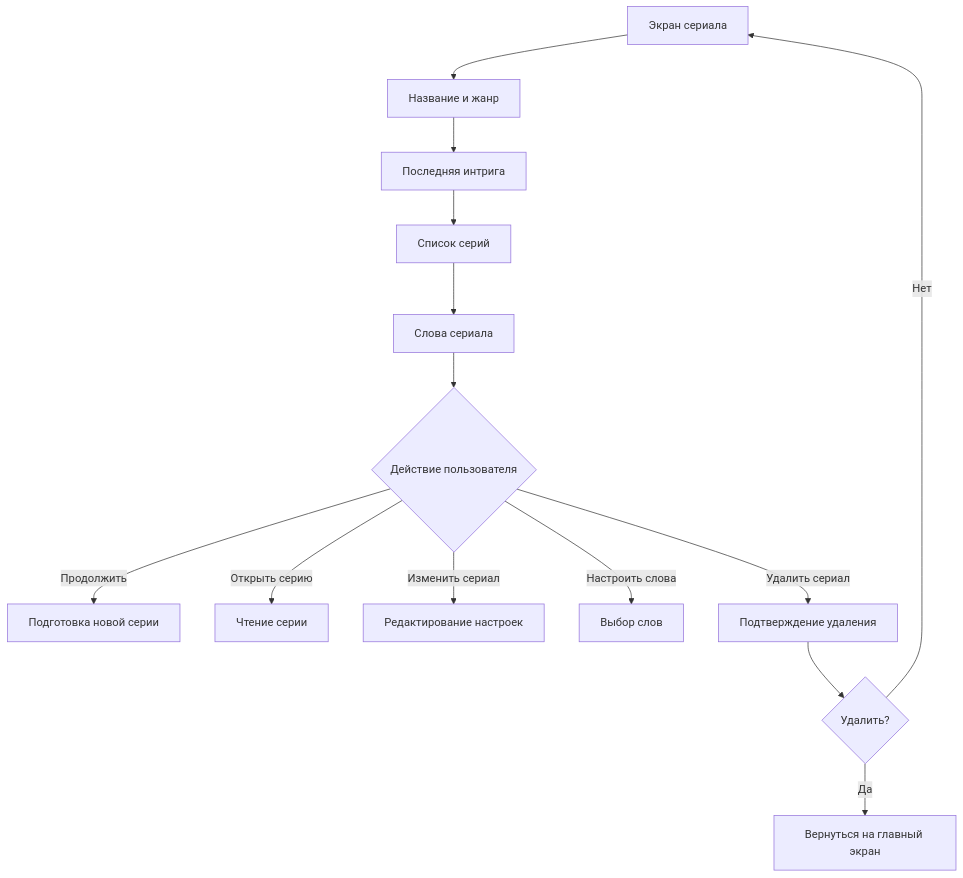
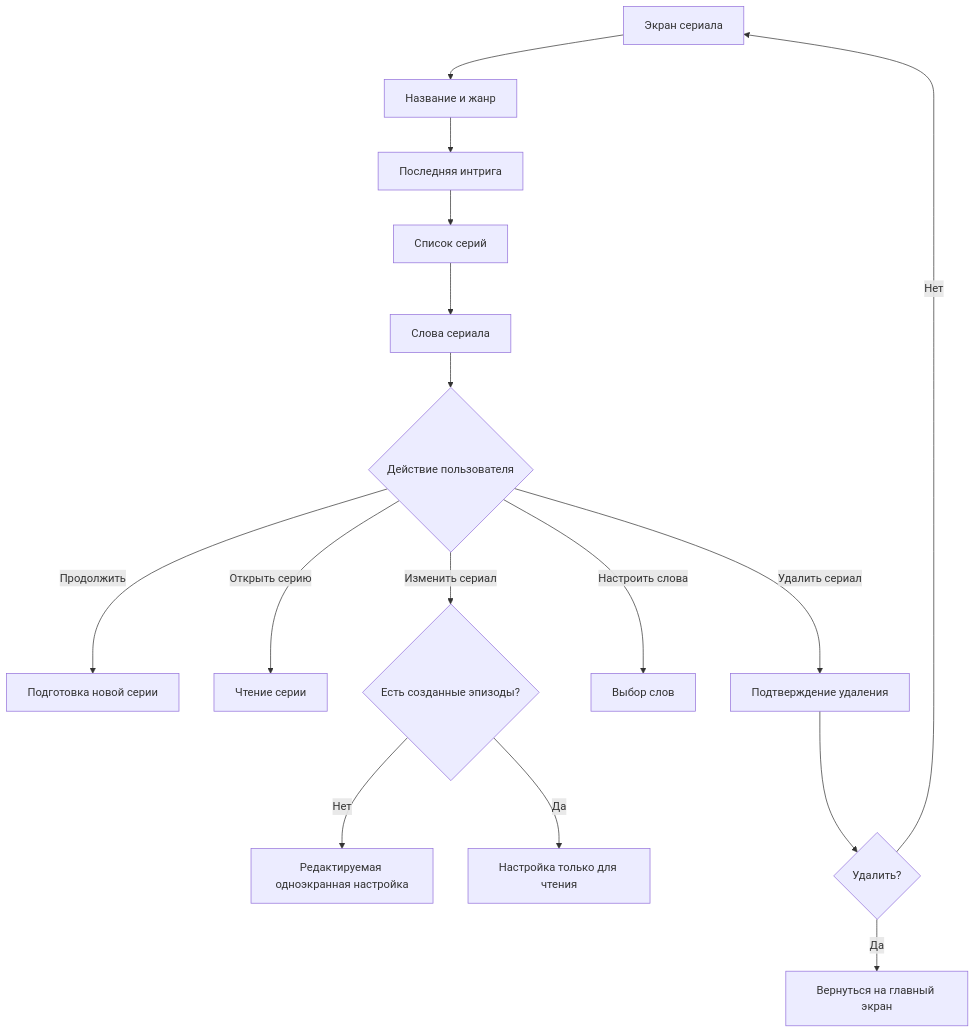
Before and after one commit to Gamshik/narrumi: the eighth of 10 diagrams in concept/user_flow_schema.md, drawn with Mermaid. The commit also changed other lines of this file and 6 other files, not shown here.

````diff
--- a/concept/user_flow_schema.md
+++ b/concept/user_flow_schema.md
@@ -199,18 +217,21 @@
 ```mermaid
 flowchart TD
     A["Экран сериала"] --> B["Название и жанр"]
     B --> C["Последняя интрига"]
     C --> D["Список серий"]
     D --> E["Слова сериала"]
 
     E --> F{"Действие пользователя"}
     F -- "Продолжить" --> G["Подготовка новой серии"]
     F -- "Открыть серию" --> H["Чтение серии"]
-    F -- "Изменить сериал" --> I["Редактирование настроек"]
+    F -- "Изменить сериал" --> I{"Есть созданные эпизоды?"}
     F -- "Настроить слова" --> J["Выбор слов"]
     F -- "Удалить сериал" --> K["Подтверждение удаления"]
+
+    I -- "Нет" --> N["Редактируемая одноэкранная настройка"]
+    I -- "Да" --> O["Настройка только для чтения"]
 
     K --> L{"Удалить?"}
     L -- "Нет" --> A
     L -- "Да" --> M["Вернуться на главный экран"]
 ```
````
